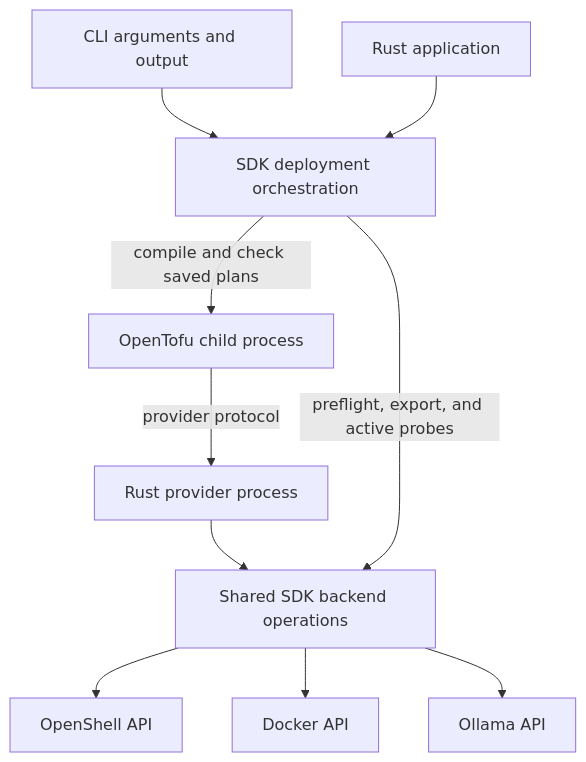
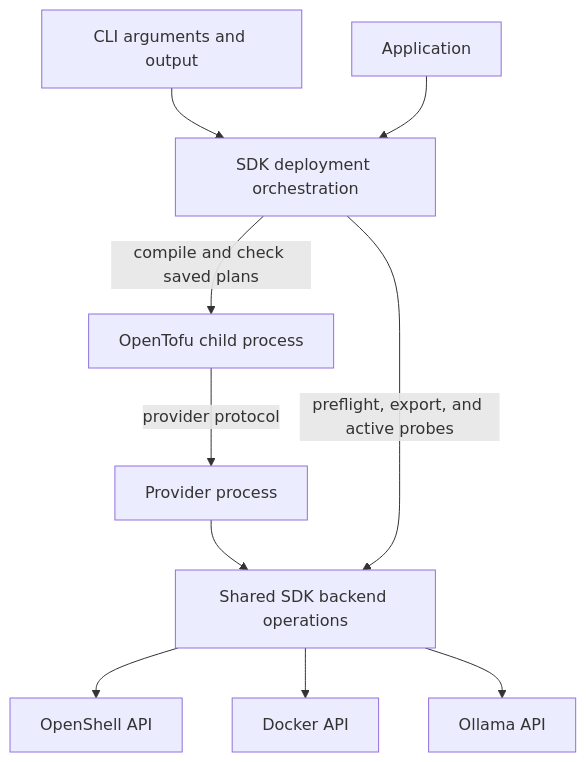
One commit to NVIDIA/NemoClaw changed the first of 2 diagrams in docs/design/architecture.md. Above: the diagram before and after it, drawn with Mermaid. The commit also changed other lines of this file and 23 other files, not shown here.

````diff
--- a/docs/design/architecture.md
+++ b/docs/design/architecture.md
@@ -18,12 +18,12 @@
 ```mermaid
 flowchart TD
     CLI[CLI arguments and output] --> SDK[SDK deployment orchestration]
-    App[Rust application] --> SDK
+    App[Application] --> SDK
     SDK -->|compile and check saved plans| Tofu[OpenTofu child process]
-    Tofu -->|provider protocol| Provider[Rust provider process]
+    Tofu -->|provider protocol| Provider[Provider process]
     Provider --> Backend[Shared SDK backend operations]
     SDK -->|preflight, export, and active probes| Backend
     Backend --> OpenShell[OpenShell API]
     Backend --> Docker[Docker API]
     Backend --> Ollama[Ollama API]
 ```
````
